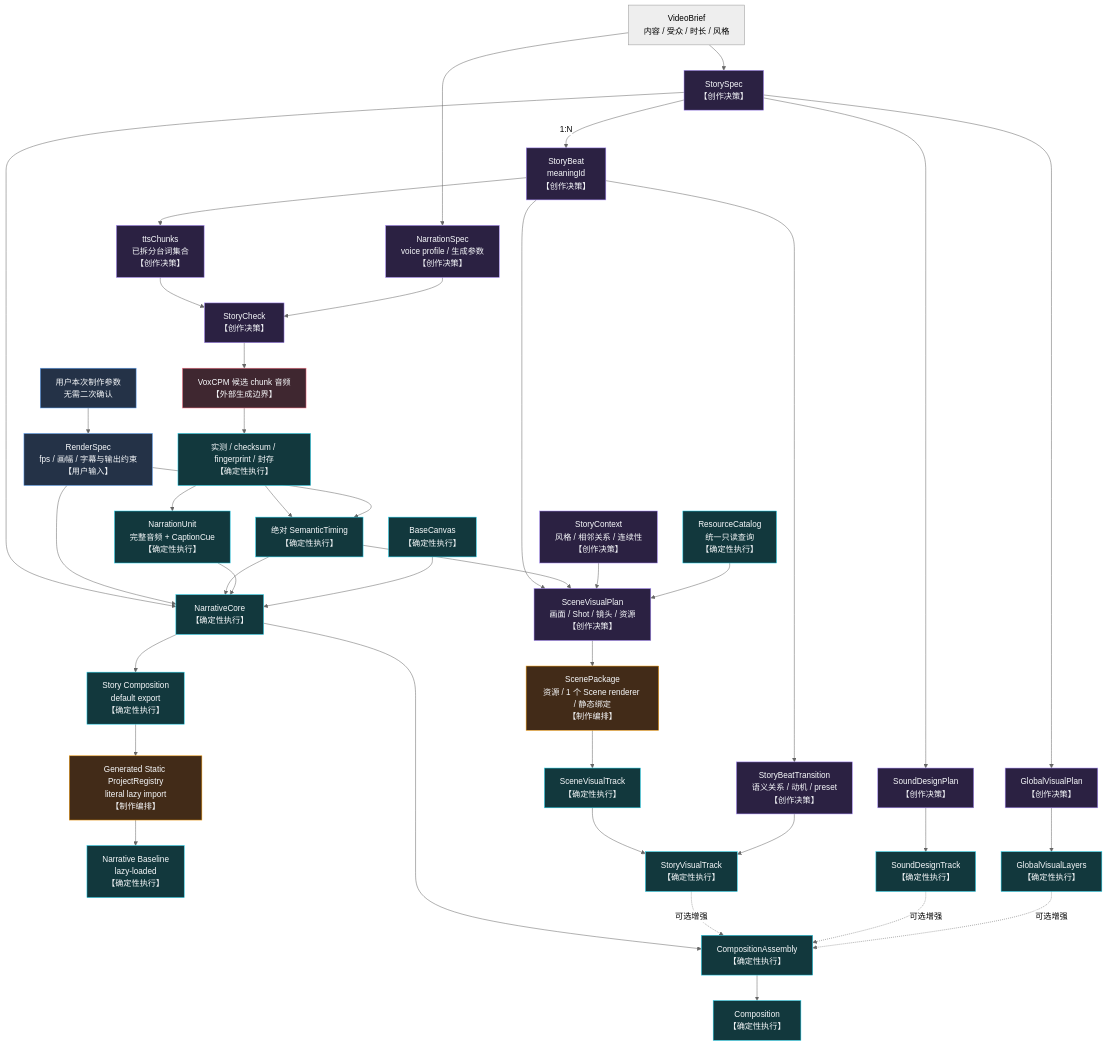
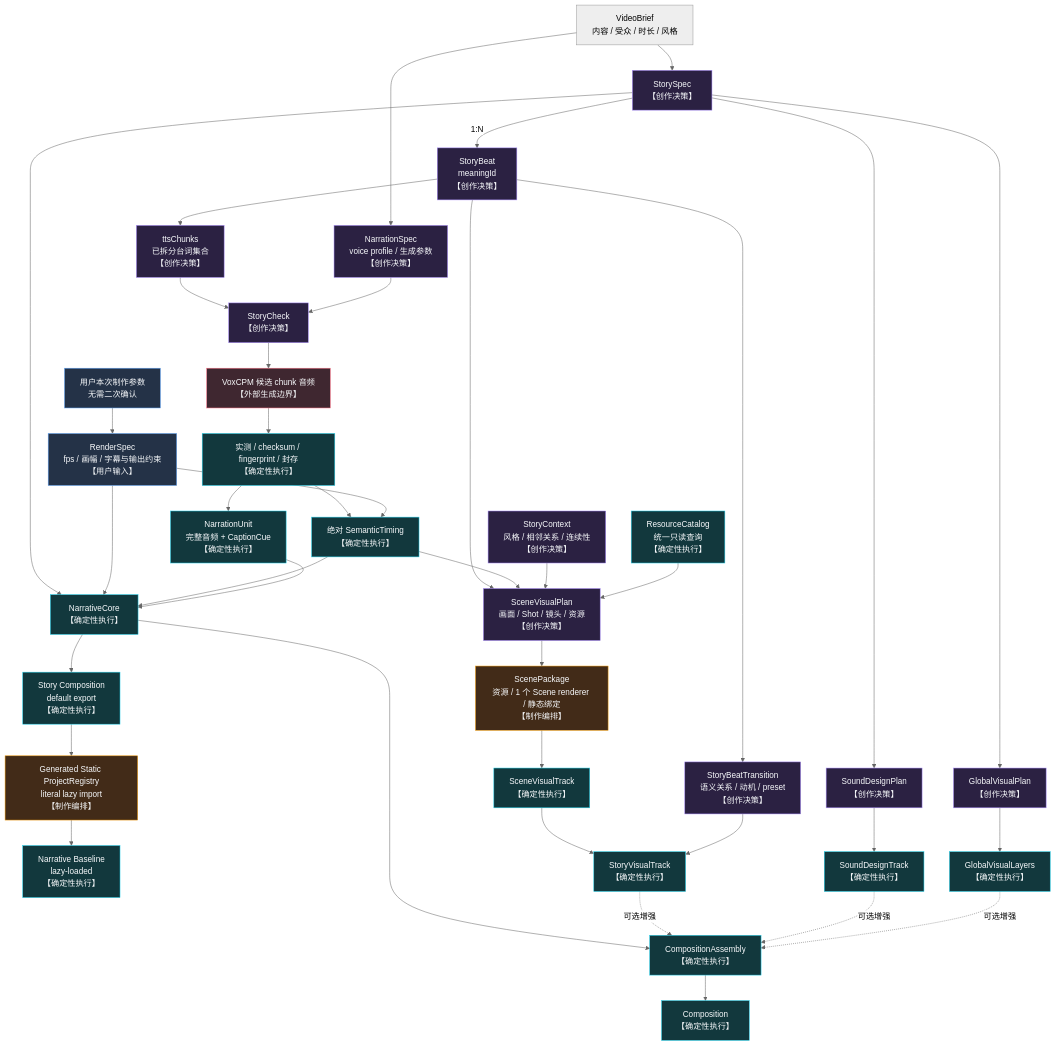
One commit to AXMORF/axmorf-studio changed the first of 2 diagrams in docs/ARCHITECTURE.md. Above: the diagram before and after it, drawn with Mermaid (neutral theme). The commit also changed other lines of this file and 9 other files, not shown here.

Commit message:
docs: approve composition model and implementation roadmap

````diff
--- a/docs/ARCHITECTURE.md
+++ b/docs/ARCHITECTURE.md
@@ -72,57 +110,56 @@
 ```mermaid
 flowchart TB
     Brief["VideoBrief<br/>内容 / 受众 / 时长 / 风格"] --> Story["StorySpec<br/>【创作决策】"]
     Brief --> NarrationSpec["NarrationSpec<br/>voice profile / 生成参数<br/>【创作决策】"]
     RenderInput["用户本次制作参数<br/>无需二次确认"] --> RenderSpec["RenderSpec<br/>fps / 画幅 / 字幕与输出约束<br/>【用户输入】"]
     Story -->|"1:N"| Beat["StoryBeat<br/>meaningId<br/>【创作决策】"]
 
     Beat --> Chunks["ttsChunks<br/>已拆分台词集合<br/>【创作决策】"]
     Chunks --> StoryCheck["StoryCheck<br/>【创作决策】"]
     NarrationSpec --> StoryCheck
     StoryCheck --> Generate["VoxCPM 候选 chunk 音频<br/>【外部生成边界】"]
     Generate --> Seal["实测 / checksum / fingerprint / 封存<br/>【确定性执行】"]
     Seal --> Timing["绝对 SemanticTiming<br/>【确定性执行】"]
     RenderSpec --> Timing
     Seal --> Narration["NarrationUnit<br/>完整音频 + CaptionCue<br/>【确定性执行】"]
     Story --> Core["NarrativeCore<br/>【确定性执行】"]
     RenderSpec --> Core
     Timing --> Core
     Narration --> Core
-    Base["BaseCanvas<br/>【确定性执行】"] --> Core
     Core --> StoryComposition["Story Composition<br/>default export<br/>【确定性执行】"]
     StoryComposition --> ProjectRegistry["Generated Static ProjectRegistry<br/>literal lazy import<br/>【制作编排】"]
     ProjectRegistry --> Baseline["Narrative Baseline<br/>lazy-loaded<br/>【确定性执行】"]
 
     Beat --> Plan["SceneVisualPlan<br/>画面 / Shot / 镜头 / 资源<br/>【创作决策】"]
     Timing --> Plan
     Context["StoryContext<br/>风格 / 相邻关系 / 连续性<br/>【创作决策】"] --> Plan
     Catalog["ResourceCatalog<br/>统一只读查询<br/>【确定性执行】"] --> Plan
     Plan --> Package["ScenePackage<br/>资源 / 1 个 Scene renderer / 静态绑定<br/>【制作编排】"]
     Package --> VisualUnit["SceneVisualTrack<br/>【确定性执行】"]
 
     Beat --> Transition["StoryBeatTransition<br/>语义关系 / 动机 / preset<br/>【创作决策】"]
     VisualUnit --> Visual["StoryVisualTrack<br/>【确定性执行】"]
     Transition --> Visual
 
     Story --> SoundPlan["SoundDesignPlan<br/>【创作决策】"]
     SoundPlan --> Sound["SoundDesignTrack<br/>【确定性执行】"]
     Story --> GlobalPlan["GlobalVisualPlan<br/>【创作决策】"]
     GlobalPlan --> Global["GlobalVisualLayers<br/>【确定性执行】"]
 
     Core --> Assembly["CompositionAssembly<br/>【确定性执行】"]
     Visual -.->|"可选增强"| Assembly
     Sound -.->|"可选增强"| Assembly
     Global -.->|"可选增强"| Assembly
     Assembly --> Composition["Composition<br/>【确定性执行】"]
 
     classDef input fill:#243247,stroke:#60a5fa,color:#f8fafc;
     classDef creative fill:#2b2142,stroke:#a78bfa,color:#f8fafc;
     classDef orchestration fill:#422b18,stroke:#f59e0b,color:#f8fafc;
     classDef deterministic fill:#12383d,stroke:#22d3ee,color:#f8fafc;
     classDef external fill:#3f2730,stroke:#fb7185,color:#f8fafc;
     class RenderInput,RenderSpec input;
     class Story,NarrationSpec,Beat,Chunks,StoryCheck,Plan,Context,Transition,SoundPlan,GlobalPlan creative;
     class Package,ProjectRegistry orchestration;
     class Generate external;
-    class Seal,Timing,Narration,Core,Base,StoryComposition,Baseline,Catalog,VisualUnit,Visual,Sound,Global,Assembly,Composition deterministic;
+    class Seal,Timing,Narration,Core,StoryComposition,Baseline,Catalog,VisualUnit,Visual,Sound,Global,Assembly,Composition deterministic;
 ```
````
